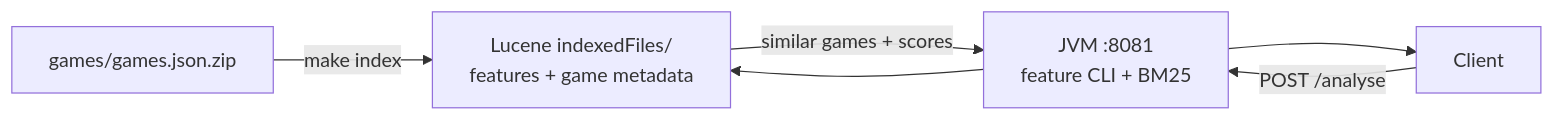
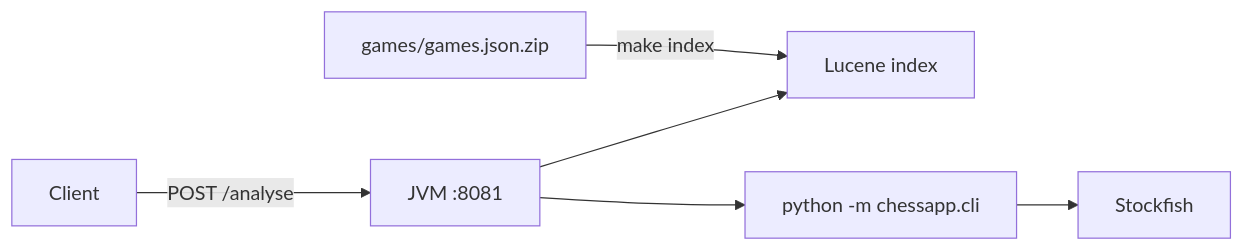
Before and after one commit to zigamedved/ziga-chess: the diagram in README.md, drawn with Mermaid. The commit also changed other lines of this file and 45 other files, not shown here.

````diff
--- a/README.md
+++ b/README.md
@@ -13,7 +66,8 @@
 ```mermaid
 flowchart LR
-  ZIP["games/games.json.zip"] -->|make index| IDX["Lucene indexedFiles/<br/>features + game metadata"]
-  Client -->|POST /analyse| Svc["JVM :8081<br/>feature CLI + BM25"]
-  Svc --> IDX
-  IDX -->|similar games + scores| Svc --> Client
+  ZIP["games/games.json.zip"] -->|make index| IDX["Lucene index"]
+  Client -->|POST /analyse| JVM["JVM :8081"]
+  JVM --> CLI["python -m chessapp.cli"]
+  CLI --> SF["Stockfish"]
+  JVM --> IDX
 ```
````
